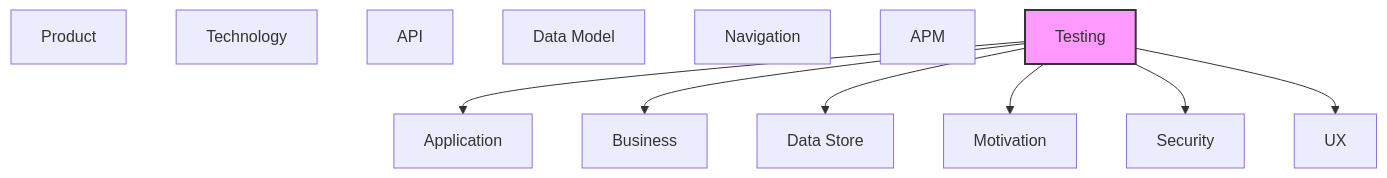
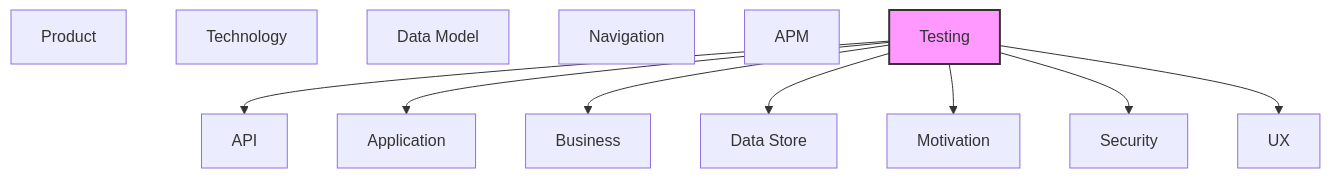
Before and after one commit to tinkermonkey/context-studio: the diagram in documentation-robotics/reports/13-testing-layer-report.md, drawn with Mermaid. The commit also changed other lines of this file and 9 other files, not shown here.

````diff
--- a/documentation-robotics/reports/13-testing-layer-report.md
+++ b/documentation-robotics/reports/13-testing-layer-report.md
@@ -75,24 +77,25 @@
 ```mermaid
 flowchart TB
   classDef current fill:#f9f,stroke:#333,stroke-width:2px
   motivation["Motivation"]
   business["Business"]
   product["Product"]
   security["Security"]
   application["Application"]
   technology["Technology"]
   api["API"]
   data_model["Data Model"]
   data_store["Data Store"]
   ux["UX"]
   navigation["Navigation"]
   apm["APM"]
   testing["Testing"]
+  testing --> api
   testing --> application
   testing --> business
   testing --> data_store
   testing --> motivation
   testing --> security
   testing --> ux
   class testing current
 ```
````
